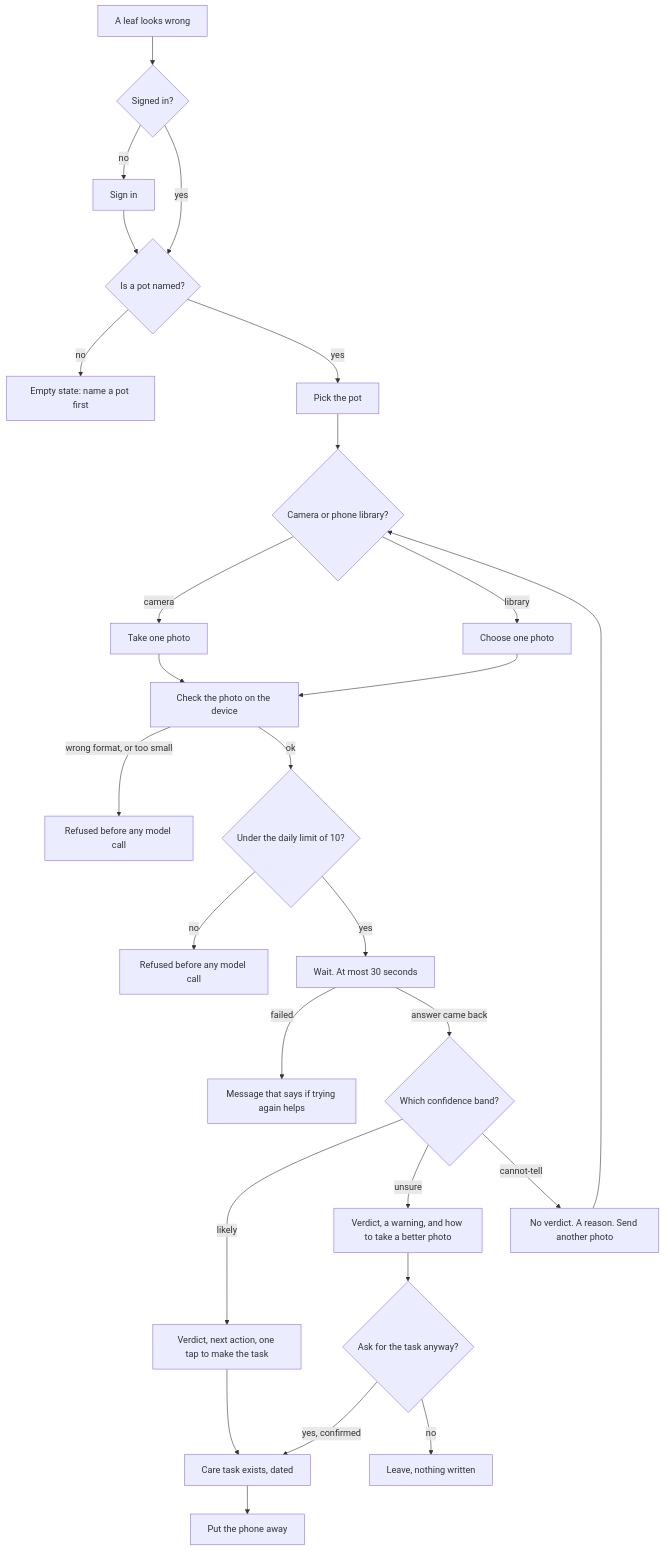
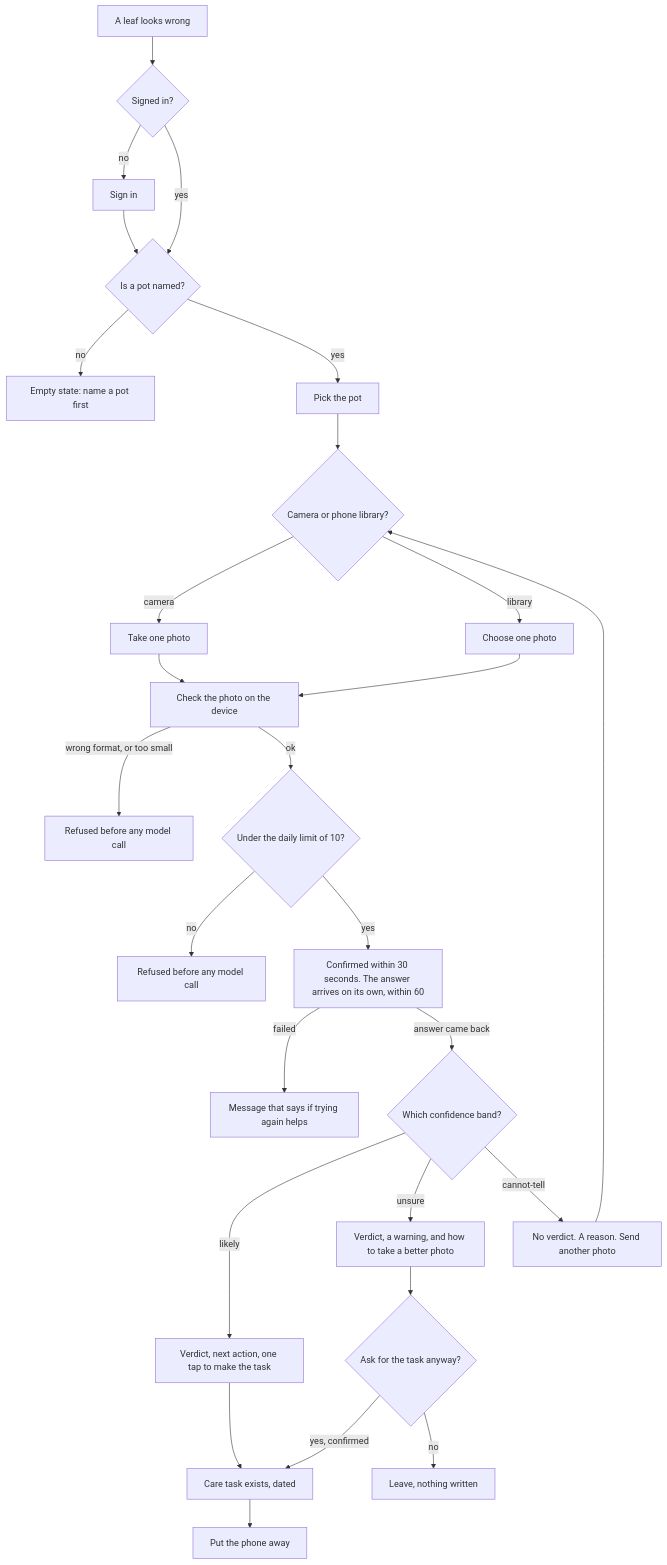
Before and after one commit to poszetkristof/zamphora: the diagram in docs/300-design/001-photo-assessment/00-journey-map.md, drawn with Mermaid. The commit also changed other lines of this file and 58 other files, not shown here.

First line of the commit message:
docs: sync all docs, architectural change in infra, 900-security, learning materials (#9)

````diff
--- a/docs/300-design/001-photo-assessment/00-journey-map.md
+++ b/docs/300-design/001-photo-assessment/00-journey-map.md
@@ -32,29 +32,29 @@
 ```mermaid
 flowchart TD
     A["A leaf looks wrong"] --> B{"Signed in?"}
     B -- "no" --> B1["Sign in"]
     B1 --> C
     B -- "yes" --> C{"Is a pot named?"}
     C -- "no" --> C1["Empty state: name a pot first"]
     C -- "yes" --> D["Pick the pot"]
     D --> E{"Camera or phone library?"}
     E -- "camera" --> E1["Take one photo"]
     E -- "library" --> E2["Choose one photo"]
     E1 --> F["Check the photo on the device"]
     E2 --> F
     F -- "wrong format, or too small" --> F1["Refused before any model call"]
     F -- "ok" --> G{"Under the daily limit of 10?"}
     G -- "no" --> G1["Refused before any model call"]
-    G -- "yes" --> H["Wait. At most 30 seconds"]
+    G -- "yes" --> H["Confirmed within 30 seconds. The answer arrives on its own, within 60"]
     H -- "failed" --> H1["Message that says if trying again helps"]
     H -- "answer came back" --> I{"Which confidence band?"}
     I -- "likely" --> J["Verdict, next action, one tap to make the task"]
     I -- "unsure" --> K["Verdict, a warning, and how to take a better photo"]
     I -- "cannot-tell" --> L["No verdict. A reason. Send another photo"]
     J --> M["Care task exists, dated"]
     K --> K1{"Ask for the task anyway?"}
     K1 -- "yes, confirmed" --> M
     K1 -- "no" --> N["Leave, nothing written"]
     L --> E
     M --> O["Put the phone away"]
 ```
````
